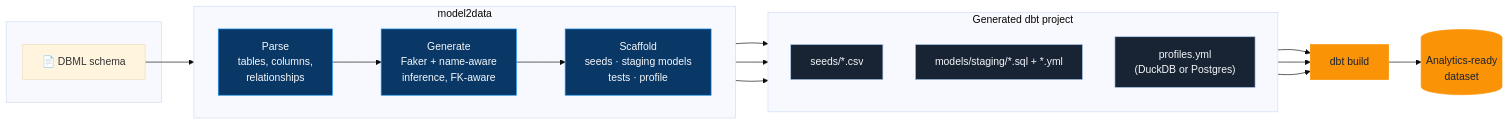
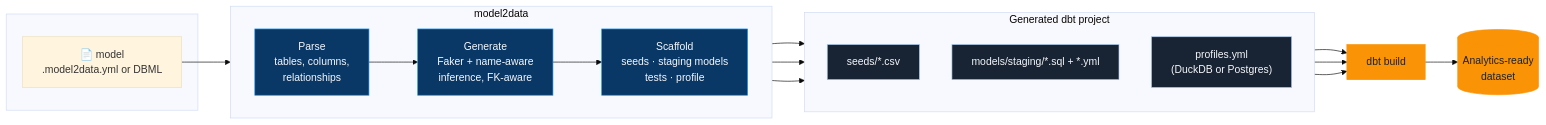
The diagram in data/readmes/JB-Analytica__model2data.md (zqf20096327/dbhub_collect), drawn with Mermaid (base theme) before and after one commit. The commit also changed other lines of this file and 402 other files, not shown here.

````diff
--- a/data/readmes/JB-Analytica__model2data.md
+++ b/data/readmes/JB-Analytica__model2data.md
@@ -73,33 +74,33 @@
 ```mermaid
 flowchart LR
     subgraph input [" "]
-        A["📄 DBML schema"]
+        A["📄 model\n.model2data.yml or DBML"]
     end
 
     subgraph m2d ["model2data"]
         direction LR
         B["Parse\ntables, columns,\nrelationships"] --> C["Generate\nFaker + name-aware\ninference, FK-aware"]
         C --> D["Scaffold\nseeds · staging models\ntests · profile"]
     end
 
     subgraph output ["Generated dbt project"]
         direction TB
         E["seeds/*.csv"]
         F["models/staging/*.sql + *.yml"]
         G["profiles.yml\n(DuckDB or Postgres)"]
     end
 
     A --> B
     D --> E
     D --> F
     D --> G
     E & F & G --> H["dbt build"]
     H --> I[("Analytics-ready\ndataset")]
 
     classDef m2dStyle fill:#0A3866,stroke:#2196F0,color:#F6F8FB
     classDef outStyle fill:#182333,stroke:#A8C9EE,color:#F6F8FB
     classDef endStyle fill:#FA9306,stroke:#FA9306,color:#182333
     class B,C,D m2dStyle
     class E,F,G outStyle
     class H,I endStyle
 ```
````
